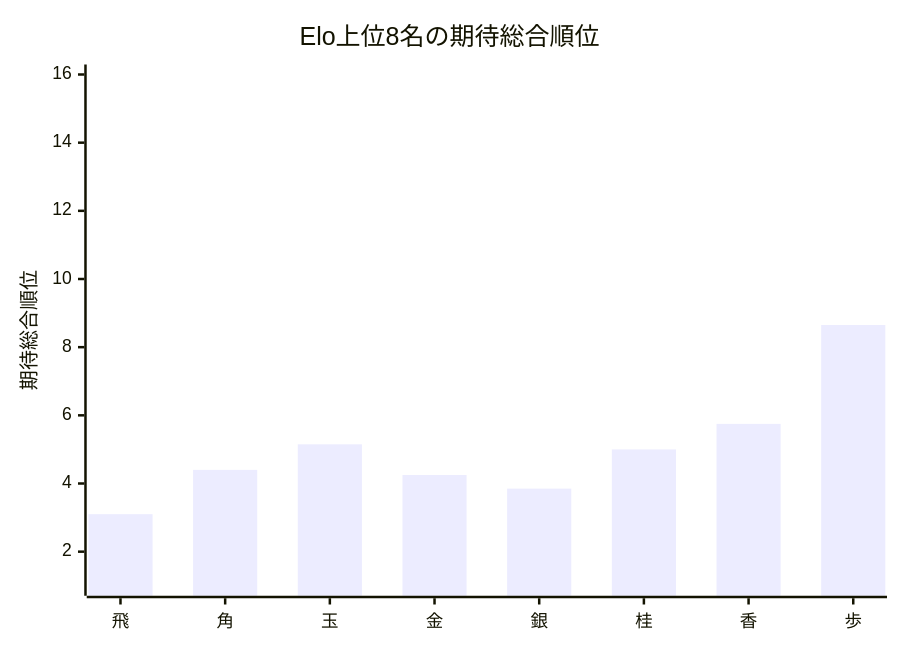
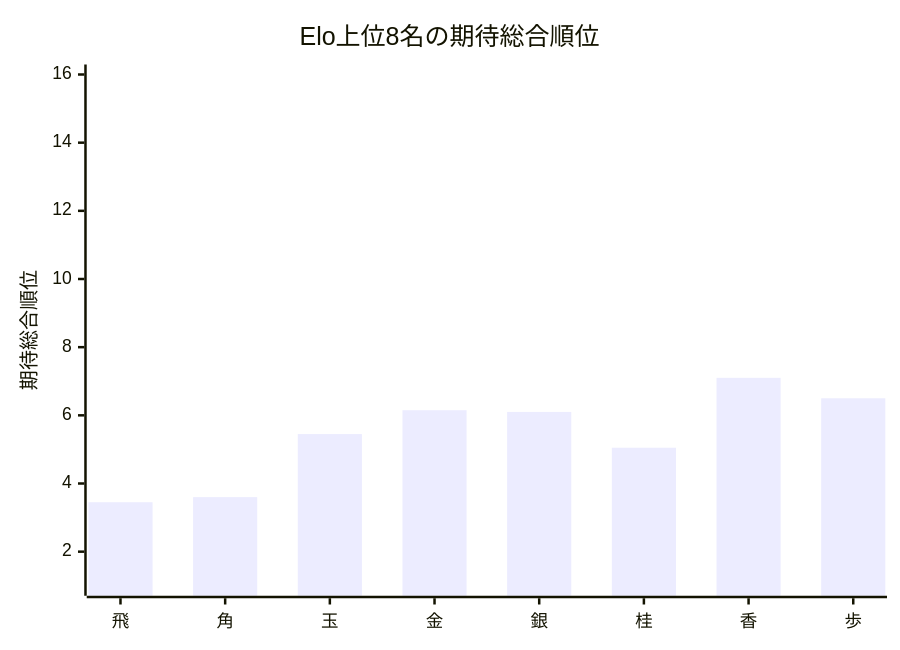
Before and after one commit to muzudho/ShogiTournamentSystemAnalyzer: the first of 2 diagrams in Output/TournamentQualityEvaluator/TournamentQualityReport/Summary/[先手8x後手8]_[Neutral_Single10_STSAInput3_smoke]_quality_summary.md, drawn with Mermaid. The commit also changed other lines of this file and 3 other files, not shown here.

````diff
--- a/Output/TournamentQualityEvaluator/TournamentQualityReport/Summary/[先手8x後手8]_[Neutral_Single10_STSAInput3_smoke]_quality_summary.md
+++ b/Output/TournamentQualityEvaluator/TournamentQualityReport/Summary/[先手8x後手8]_[Neutral_Single10_STSAInput3_smoke]_quality_summary.md
@@ -43,7 +43,7 @@
 ```mermaid
 xychart-beta
     title "Elo上位8名の期待総合順位"
     x-axis ["飛", "角", "玉", "金", "銀", "桂", "香", "歩"]
     y-axis "期待総合順位" 1 --> 16
-    bar [3.100, 4.400, 5.150, 4.250, 3.850, 5.000, 5.750, 8.650]
+    bar [3.450, 3.600, 5.450, 6.150, 6.100, 5.050, 7.100, 6.500]
 ```
````
